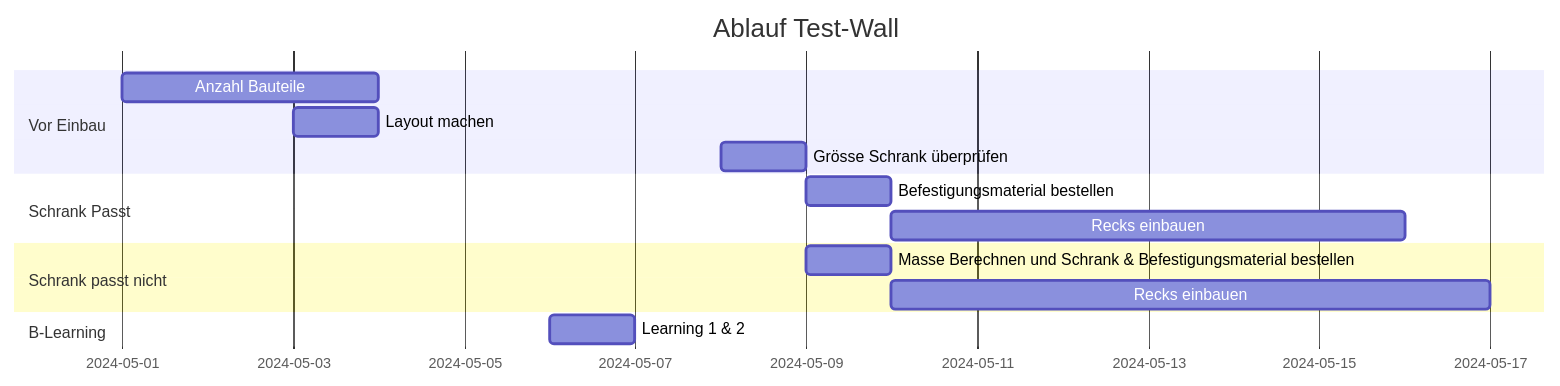
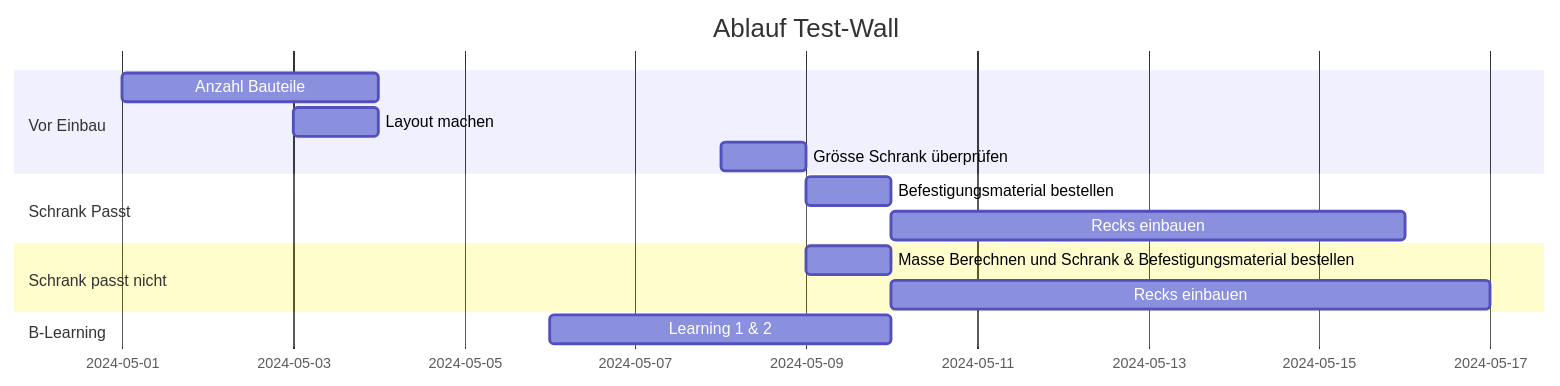
One commit to BenZiep/BenZiep changed the diagram in Ablauf_Test-Wall.mmd. Above: the diagram before and after it, drawn with Mermaid.

```diff
--- a/Ablauf_Test-Wall.mmd
+++ b/Ablauf_Test-Wall.mmd
@@ -1,15 +1,15 @@
 gantt
     title Ablauf Test-Wall
     dateFormat  YYYY-MM-DD
     section Vor Einbau
     Anzahl Bauteile           :a1, 2024-05-01, 3d
     Layout machen     :a2, 2024-05-03  , 1d
     Grösse Schrank überprüfen :a3, 2024-05-08, 1d
     section Schrank Passt
     Befestigungsmaterial bestellen      :b1, 2024-05-09 , 1d
     Recks einbauen      :after b1, 6d
     section Schrank passt nicht
     Masse Berechnen und Schrank & Befestigungsmaterial bestellen :after a3, 1d
     Recks einbauen :c1, after b1, 7d
     section B-Learning
-    Learning 1 & 2 :d1, 2024-05-06, 1d
+    Learning 1 & 2 :d1, 2024-05-06, 4d
```
